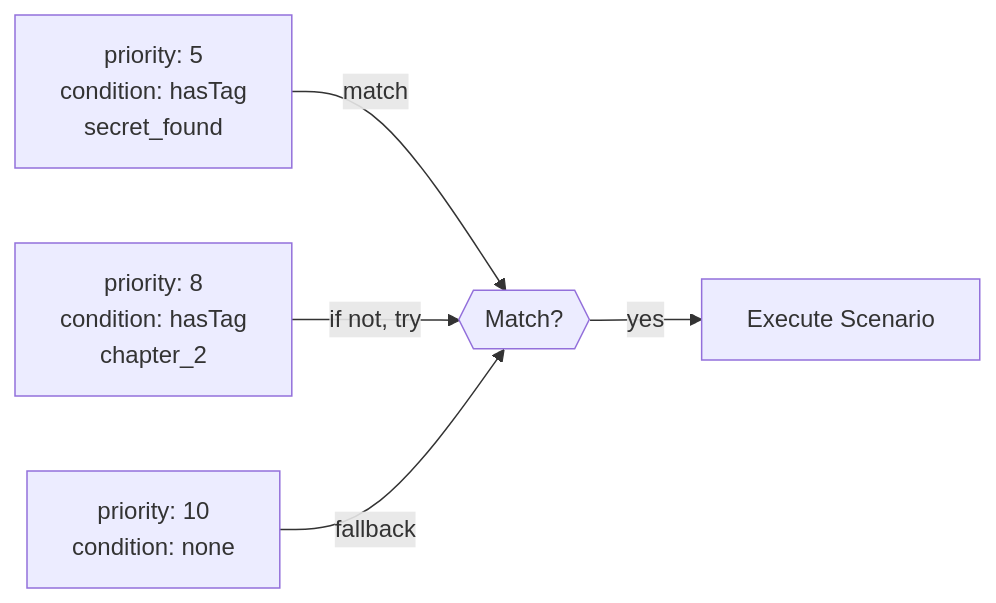
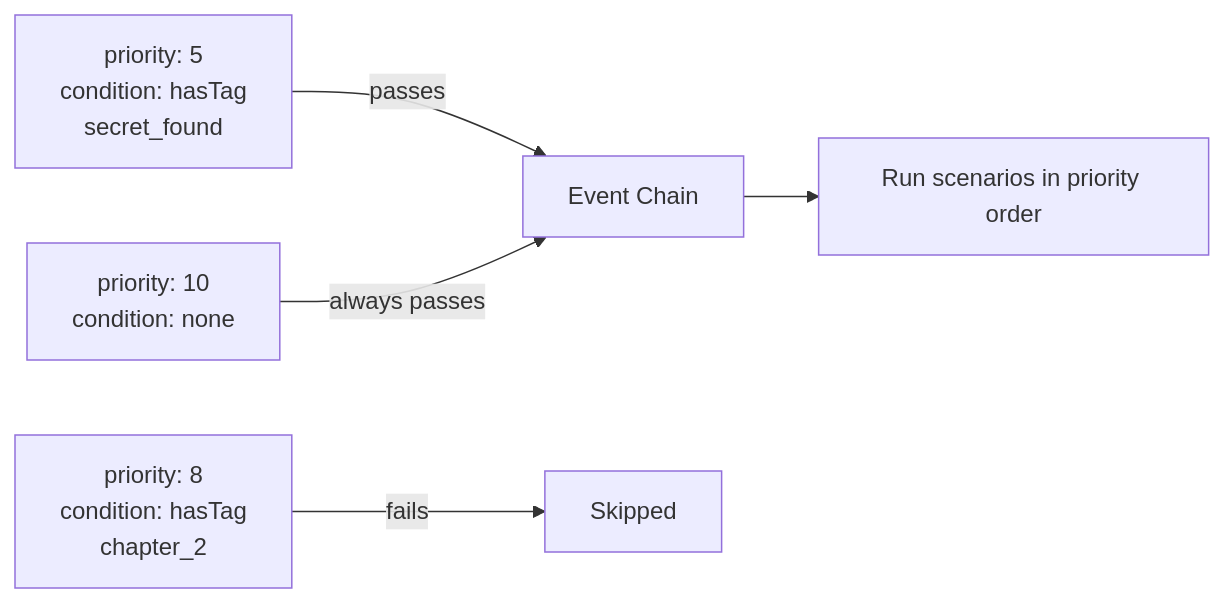
One commit to cthangover/cthangover.github.io changed the diagram in docs/mods/scenes/scenarios/dsl/conditions/index.md. Above: the diagram before and after it, drawn with Mermaid. The commit also changed other lines of this file and 40 other files, not shown here.

````diff
--- a/docs/mods/scenes/scenarios/dsl/conditions/index.md
+++ b/docs/mods/scenes/scenarios/dsl/conditions/index.md
@@ -156,7 +156,7 @@
 ```mermaid
 flowchart LR
-    A["priority: 5<br/>condition: hasTag<br/>secret_found"] -->|match| S
-    B["priority: 8<br/>condition: hasTag<br/>chapter_2"] -->|if not, try| S
-    C["priority: 10<br/>condition: none"] -->|fallback| S
-    S{{"Match?"}} -->|yes| SCENE["Execute Scenario"]
+    A["priority: 5<br/>condition: hasTag<br/>secret_found"] -->|"passes"| S["Event Chain"]
+    B["priority: 8<br/>condition: hasTag<br/>chapter_2"] -->|"fails"| X["Skipped"]
+    C["priority: 10<br/>condition: none"] -->|"always passes"| S
+    S --> SCENE["Run scenarios in priority order"]
 ```
````
